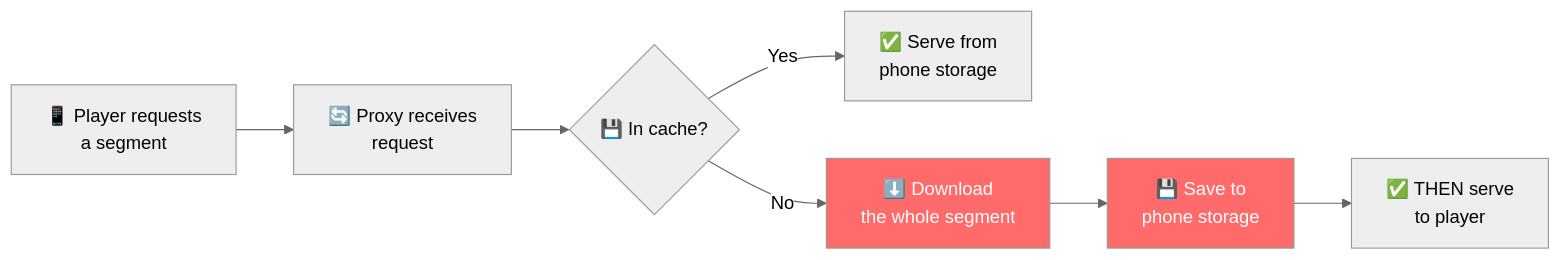
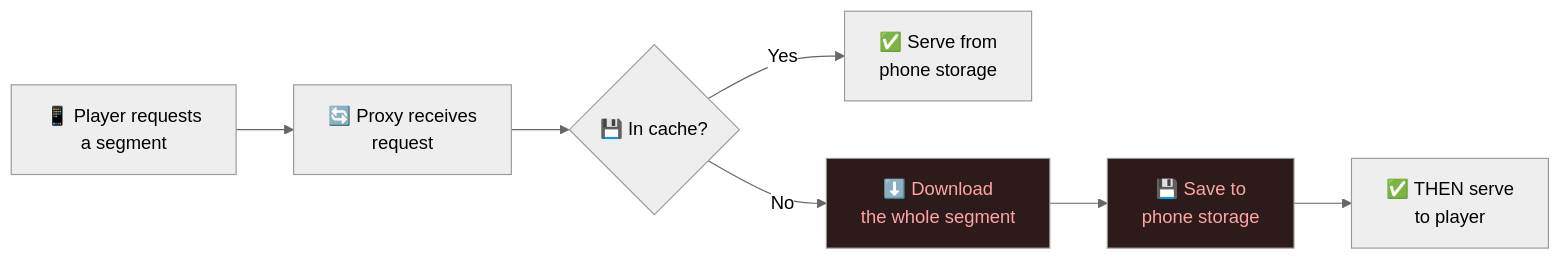
The third of 6 diagrams in src/content/blog/expo-video-offline-caching.md (Monisankarnath/monisankarnath-portfolio), drawn with Mermaid (neutral theme) before and after one commit. The commit also changed other lines of this file and 19 other files, not shown here.

Commit message:
chore: mermaid build and listing revamp

````diff
--- a/src/content/blog/expo-video-offline-caching.md
+++ b/src/content/blog/expo-video-offline-caching.md
@@ -134,12 +135,12 @@
 ```mermaid
 flowchart LR
-    A["📱 Player requests\na segment"] --> B["🔄 Proxy receives\nrequest"]
+    A["📱 Player requests<br/>a segment"] --> B["🔄 Proxy receives<br/>request"]
     B --> C{"💾 In cache?"}
-    C -->|Yes| D["✅ Serve from\nphone storage"]
-    C -->|No| E["⬇️ Download\nthe whole segment"]
-    E --> F["💾 Save to\nphone storage"]
-    F --> G["✅ THEN serve\nto player"]
+    C -->|Yes| D["✅ Serve from<br/>phone storage"]
+    C -->|No| E["⬇️ Download<br/>the whole segment"]
+    E --> F["💾 Save to<br/>phone storage"]
+    F --> G["✅ THEN serve<br/>to player"]
 
-    style E fill:#FF6B6B,color:#fff
-    style F fill:#FF6B6B,color:#fff
+    style E fill:#2d1b1b,color:#fca5a5
+    style F fill:#2d1b1b,color:#fca5a5
 ```
````
